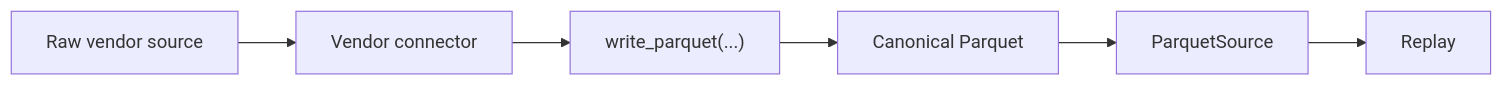
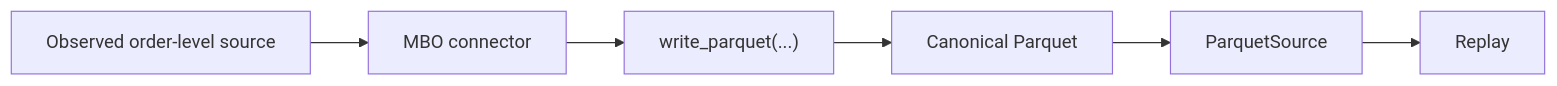
One commit to tradingexpert/ordersim changed the second of 6 diagrams in docs/architecture.md. Above: the diagram before and after it, drawn with Mermaid. The commit also changed other lines of this file and 8 other files, not shown here.

Commit message:
Clarify vendor-independent data architecture (#64)

````diff
--- a/docs/architecture.md
+++ b/docs/architecture.md
@@ -50,11 +57,11 @@
 ```mermaid
 flowchart LR
-    raw["Raw vendor source"]
-    normalize["Vendor connector"]
+    raw["Observed order-level source"]
+    normalize["MBO connector"]
     materialize["write_parquet(...)"]
     parquet["Canonical Parquet"]
     source["ParquetSource"]
     replay["Replay"]
 
     raw --> normalize --> materialize --> parquet --> source --> replay
 ```
````
